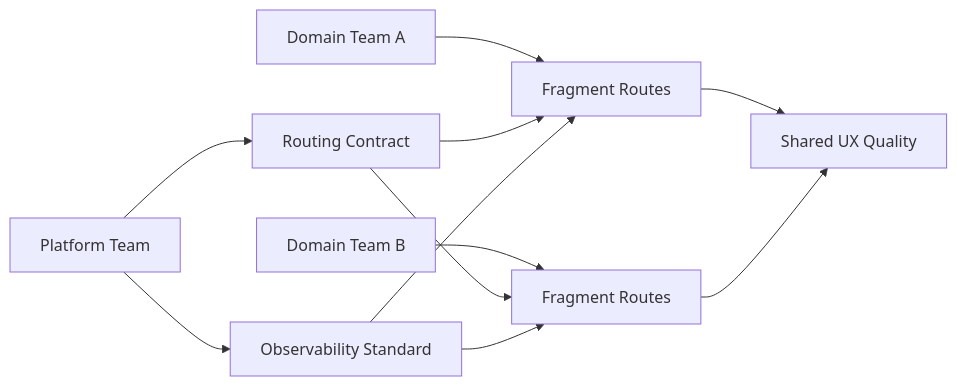
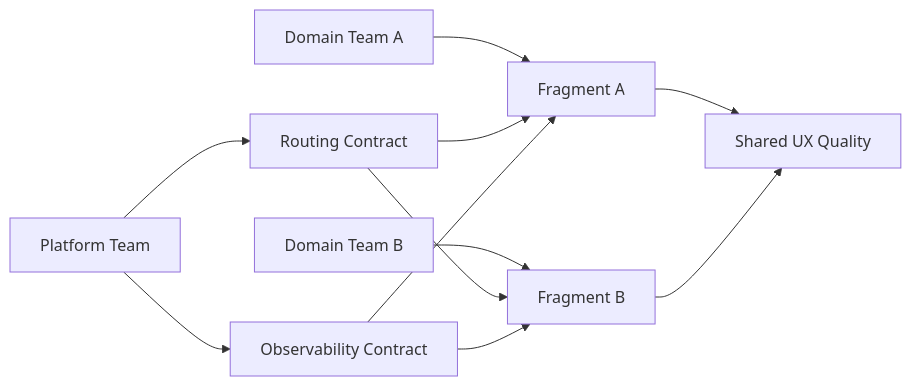
The diagram in content/react/react-router-v7-rsc-07-mfe-operations.md (mje807/dev-blog), drawn with Mermaid before and after one commit. The commit also changed other lines of this file and 5 other files, not shown here.

````diff
--- a/content/react/react-router-v7-rsc-07-mfe-operations.md
+++ b/content/react/react-router-v7-rsc-07-mfe-operations.md
@@ -109,13 +144,13 @@
 ```mermaid
 flowchart LR
   A[Platform Team] --> B[Routing Contract]
-  A --> C[Observability Standard]
-  D[Domain Team A] --> E[Fragment Routes]
-  F[Domain Team B] --> G[Fragment Routes]
+  A --> C[Observability Contract]
+  D[Domain Team A] --> E[Fragment A]
+  F[Domain Team B] --> G[Fragment B]
   B --> E
   B --> G
   C --> E
   C --> G
   E --> H[Shared UX Quality]
   G --> H
 ```
````
